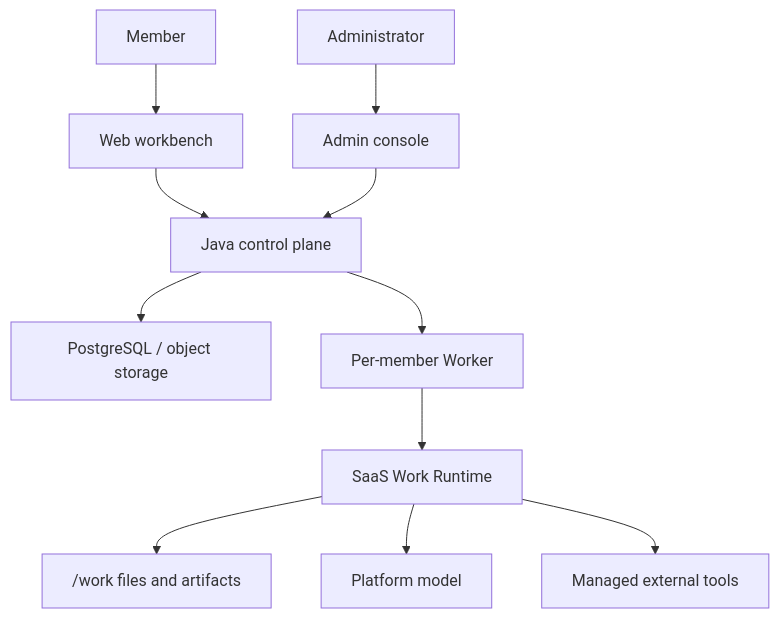
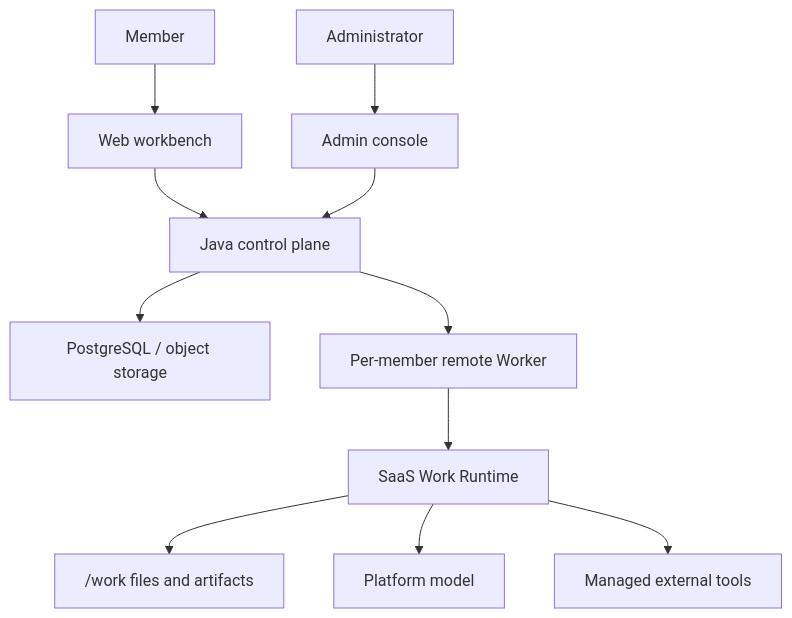
The diagram in README.md (zzc-101/Kross), drawn with Mermaid before and after one commit. The commit also changed other lines of this file and 1 other file, not shown here.

````diff
--- a/README.md
+++ b/README.md
@@ -53,13 +72,13 @@
 ```mermaid
 flowchart TB
     U["Member"] --> WEB["Web workbench"]
     A["Administrator"] --> ADMIN["Admin console"]
     WEB --> CP["Java control plane"]
     ADMIN --> CP
     CP --> DB["PostgreSQL / object storage"]
-    CP --> W["Per-member Worker"]
+    CP --> W["Per-member remote Worker"]
     W --> R["SaaS Work Runtime"]
     R --> FS["/work files and artifacts"]
     R --> LLM["Platform model"]
     R --> EXT["Managed external tools"]
 ```
````
